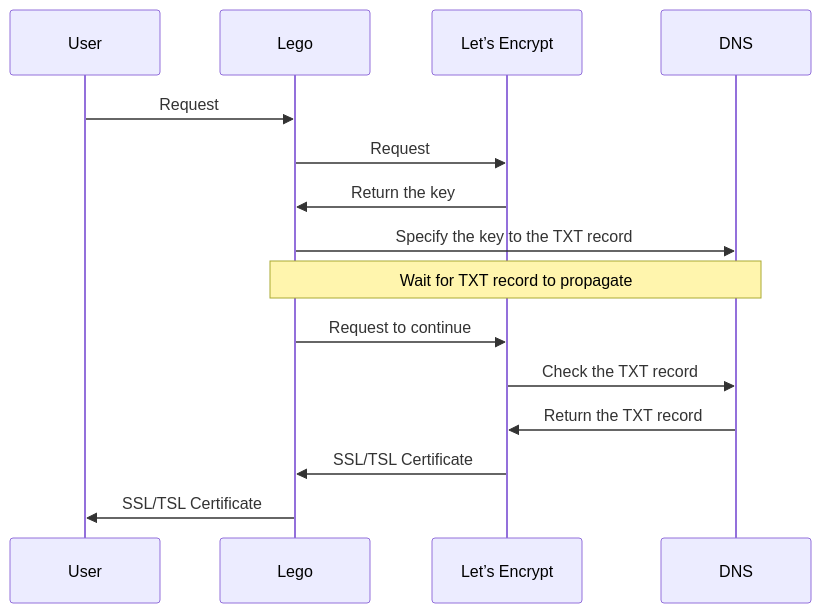
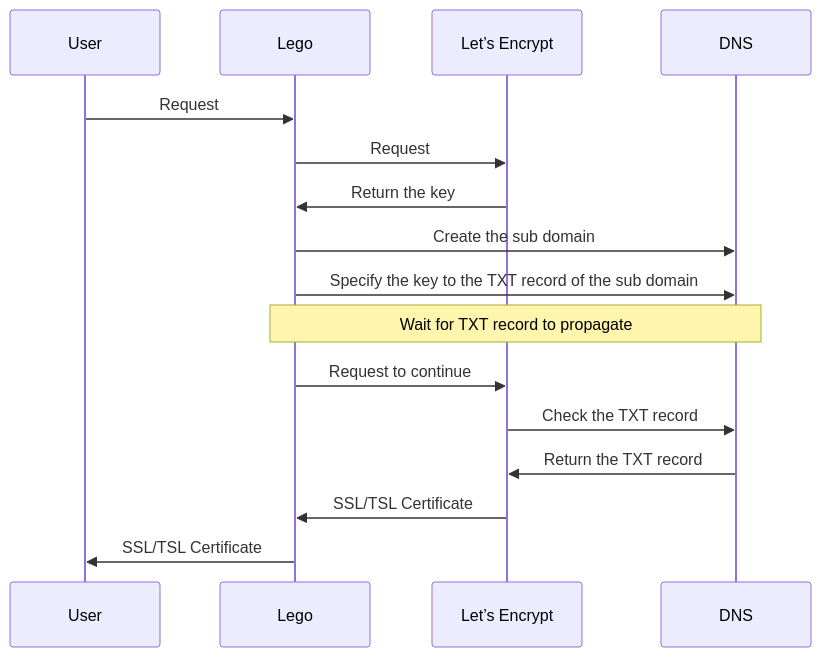
Before and after one commit to kazu634/blog: the third of 4 diagrams in content/labs/infra/2019-04-14_how_to_use_Lego.md, drawn with Mermaid. The commit also changed other lines of this file, not shown here.

Commit message:
Add more detailed work flow

```diff
--- a/content/labs/infra/2019-04-14_how_to_use_Lego.md
+++ b/content/labs/infra/2019-04-14_how_to_use_Lego.md
@@ -73,18 +77,19 @@
 <div class="mermaid">
 sequenceDiagram
     participant User
     participant Lego
     participant Let’s Encrypt
     participant DNS
 
     User ->> Lego: Request
     Lego ->> Let’s Encrypt: Request
     Let’s Encrypt ->> Lego: Return the key
-    Lego ->> DNS: Specify the key to the TXT record
+    Lego ->> DNS: Create the sub domain
+    Lego ->> DNS: Specify the key to the TXT record of the sub domain
     note over Lego,DNS: Wait for TXT record to propagate
     Lego ->> Let’s Encrypt: Request to continue
     Let’s Encrypt ->> DNS: Check the TXT record
     DNS ->> Let’s Encrypt: Return the TXT record
     Let’s Encrypt ->> Lego: SSL/TSL Certificate
     Lego ->> User: SSL/TSL Certificate
 </div>
```
